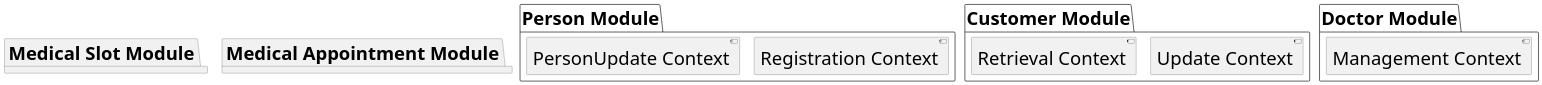
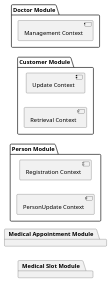
Before and after one commit to LazaroDamasceno/Dissertacao-Mestrado: the diagram in codes/component_diagram_consolidated.wsd, drawn with PlantUML. The commit also changed 4 other files, not shown here.

```diff
--- a/codes/component_diagram_consolidated.wsd
+++ b/codes/component_diagram_consolidated.wsd
@@ -1,34 +1,34 @@
 @startuml
 
-skinparam defaultFontSize 45
+left to right direction
 
 package "Person Module" {
     component "Registration Context"
     component "PersonUpdate Context"
 }
 
 package "Customer Module" {
     component "Registration Context"
     component "Update Context"
     component "Retrieval Context"
 }
 
 package "Doctor Module" {
     component "Registration Context"
     component "Management Context"
     component "Retrieval Context"
 }
 
 package "Medical Slot Module" {
     component "Registration Context"
     component "Management Context"
     component "Retrieval Context"
 }
 
 package "Medical Appointment Module" {
     component "Registration Context"
     component "Management Context"
     component "Retrieval Context"
 }
 
 @enduml
```
